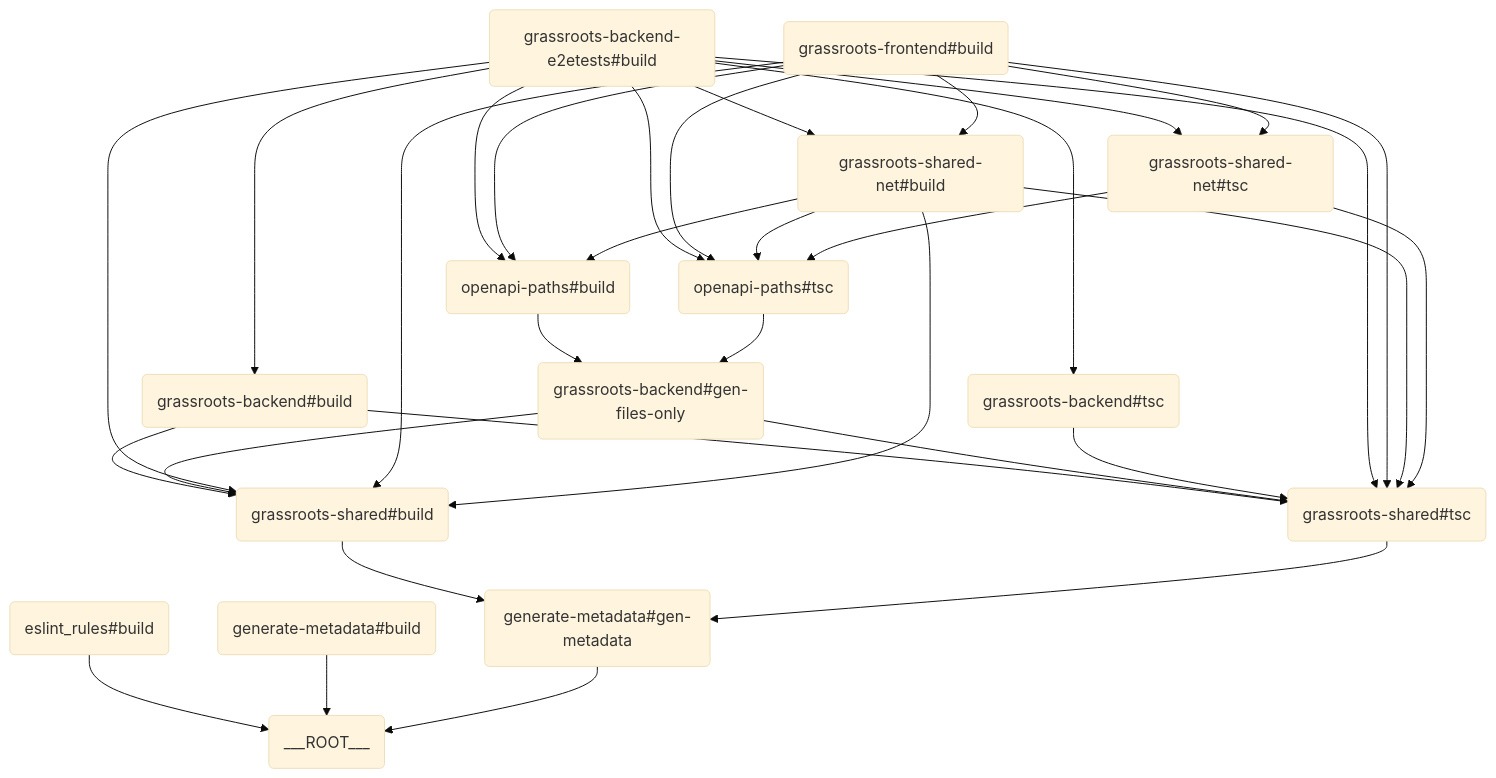
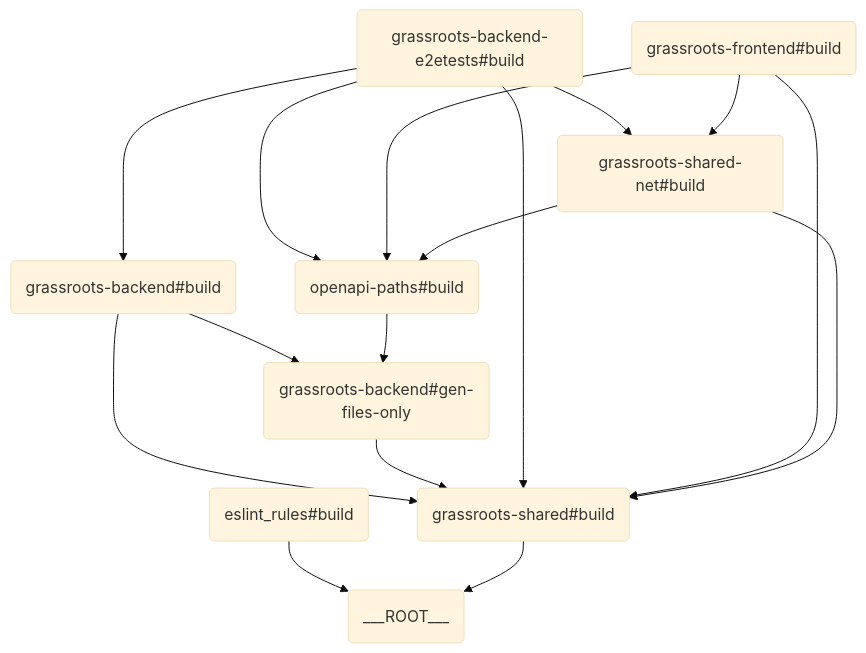
Before and after one commit to gpo/grassroots: the diagram in docs/buildgraph.mermaid, drawn with Mermaid (base theme). The commit also changed 3 other files, not shown here.

```diff
--- a/docs/buildgraph.mermaid
+++ b/docs/buildgraph.mermaid
@@ -1,33 +1,16 @@
 graph TD
 	QHZT("eslint_rules#build") --> ETTT("___ROOT___")
-	JEGP("generate-metadata#build") --> ETTT("___ROOT___")
-	EMLE("generate-metadata#gen-metadata") --> ETTT("___ROOT___")
-	LRHC("grassroots-backend#build") --> GLAO("grassroots-shared#build")
-	LRHC("grassroots-backend#build") --> VELR("grassroots-shared#tsc")
-	TXWC("grassroots-backend#gen-files-only") --> GLAO("grassroots-shared#build")
-	TXWC("grassroots-backend#gen-files-only") --> VELR("grassroots-shared#tsc")
-	WCIN("grassroots-backend#tsc") --> VELR("grassroots-shared#tsc")
-	TPBW("grassroots-backend-e2etests#build") --> LRHC("grassroots-backend#build")
-	TPBW("grassroots-backend-e2etests#build") --> WCIN("grassroots-backend#tsc")
-	TPBW("grassroots-backend-e2etests#build") --> GLAO("grassroots-shared#build")
-	TPBW("grassroots-backend-e2etests#build") --> VELR("grassroots-shared#tsc")
-	TPBW("grassroots-backend-e2etests#build") --> BHWE("grassroots-shared-net#build")
-	TPBW("grassroots-backend-e2etests#build") --> MKNG("grassroots-shared-net#tsc")
-	TPBW("grassroots-backend-e2etests#build") --> IRKD("openapi-paths#build")
-	TPBW("grassroots-backend-e2etests#build") --> UWBQ("openapi-paths#tsc")
-	FBWM("grassroots-frontend#build") --> GLAO("grassroots-shared#build")
-	FBWM("grassroots-frontend#build") --> VELR("grassroots-shared#tsc")
-	FBWM("grassroots-frontend#build") --> BHWE("grassroots-shared-net#build")
-	FBWM("grassroots-frontend#build") --> MKNG("grassroots-shared-net#tsc")
-	FBWM("grassroots-frontend#build") --> IRKD("openapi-paths#build")
-	FBWM("grassroots-frontend#build") --> UWBQ("openapi-paths#tsc")
-	GLAO("grassroots-shared#build") --> EMLE("generate-metadata#gen-metadata")
-	VELR("grassroots-shared#tsc") --> EMLE("generate-metadata#gen-metadata")
-	BHWE("grassroots-shared-net#build") --> GLAO("grassroots-shared#build")
-	BHWE("grassroots-shared-net#build") --> VELR("grassroots-shared#tsc")
-	BHWE("grassroots-shared-net#build") --> IRKD("openapi-paths#build")
-	BHWE("grassroots-shared-net#build") --> UWBQ("openapi-paths#tsc")
-	MKNG("grassroots-shared-net#tsc") --> VELR("grassroots-shared#tsc")
-	MKNG("grassroots-shared-net#tsc") --> UWBQ("openapi-paths#tsc")
-	IRKD("openapi-paths#build") --> TXWC("grassroots-backend#gen-files-only")
-	UWBQ("openapi-paths#tsc") --> TXWC("grassroots-backend#gen-files-only")
+	JEGP("grassroots-backend#build") --> EMLE("grassroots-backend#gen-files-only")
+	JEGP("grassroots-backend#build") --> LRHC("grassroots-shared#build")
+	EMLE("grassroots-backend#gen-files-only") --> LRHC("grassroots-shared#build")
+	GLAO("grassroots-backend-e2etests#build") --> JEGP("grassroots-backend#build")
+	GLAO("grassroots-backend-e2etests#build") --> LRHC("grassroots-shared#build")
+	GLAO("grassroots-backend-e2etests#build") --> VELR("grassroots-shared-net#build")
+	GLAO("grassroots-backend-e2etests#build") --> TXWC("openapi-paths#build")
+	WCIN("grassroots-frontend#build") --> LRHC("grassroots-shared#build")
+	WCIN("grassroots-frontend#build") --> VELR("grassroots-shared-net#build")
+	WCIN("grassroots-frontend#build") --> TXWC("openapi-paths#build")
+	LRHC("grassroots-shared#build") --> ETTT("___ROOT___")
+	VELR("grassroots-shared-net#build") --> LRHC("grassroots-shared#build")
+	VELR("grassroots-shared-net#build") --> TXWC("openapi-paths#build")
+	TXWC("openapi-paths#build") --> EMLE("grassroots-backend#gen-files-only")
```
